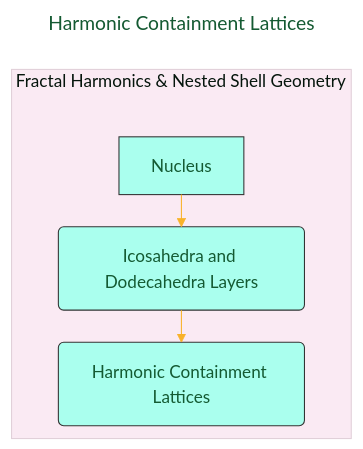
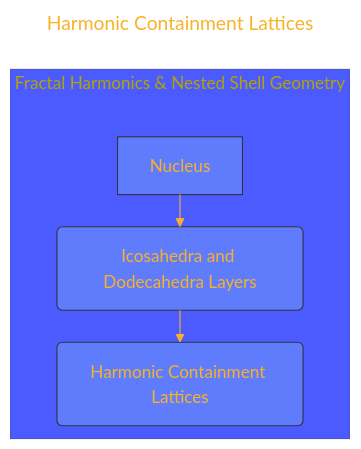
One commit to CongLeSolutionX/Harmonic_Atomica changed the tenth of 10 diagrams in Quantum_Harmonic_Atomic_Model/Quantum_Harmonic_Atomic_Model_Draft_6.md. Above: the diagram before and after it, drawn with Mermaid. The commit also changed other lines of this file and 1 other file, not shown here.

````diff
--- a/Quantum_Harmonic_Atomic_Model/Quantum_Harmonic_Atomic_Model_Draft_6.md
+++ b/Quantum_Harmonic_Atomic_Model/Quantum_Harmonic_Atomic_Model_Draft_6.md
@@ -459,39 +459,39 @@
 ```mermaid
 ---
 title: "Harmonic Containment Lattices"
 author: "Cong Le"
 version: "1.0"
 license(s): "MIT, CC BY 4.0"
 copyright: "Copyright (c) 2025 Cong Le. All Rights Reserved."
 config:
   layout: elk
   theme: base
 ---
 %%%%%%%% Mermaid version v11.4.1-b.14
 %%%%%%%% Available curve styles include the following keywords:
 %% basis, bumpX, bumpY, cardinal, catmullRom, linear, monotoneX, monotoneY, natural, step, stepAfter, stepBefore.
 %%{
   init: {
-    'flowchart': { 'htmlLabels': false, 'curve': 'linear' },
+    'flowchart': { 'htmlLabels': true, 'curve': 'linear' },
     'fontFamily': 'Monaco',
     'themeVariables': {
-      'primaryColor': '#D5F5E3',
-      'primaryTextColor': '#145A32',
+      'primaryColor': '#FE3',
+      'primaryTextColor': '#F8B229',
       'lineColor': '#F8B229',
       'primaryBorderColor': '#27AE60',
       'secondaryColor': '#EBDEF0',
       'secondaryTextColor': '#6C3483',
       'secondaryBorderColor': '#A569BD'
     }
   }
 }%%
-graph LR
+flowchart LR
   subgraph FRACTAL_LATTICES["Fractal Harmonics & Nested Shell Geometry"]
     direction TB
     A[Nucleus] --> B(Icosahedra and Dodecahedra Layers)
     B --> C(Harmonic Containment Lattices)
     end
-     style A fill:#afe,stroke:#333,stroke-width:1px
-     style B fill:#afe,stroke:#333,stroke-width:1px
-     style C fill:#afe,stroke:#333,stroke-width:1px
+     style A fill:#afe3,stroke:#333,stroke-width:1px
+     style B fill:#afe3,stroke:#333,stroke-width:1px
+     style C fill:#afe3,stroke:#333,stroke-width:1px
 ```
````
